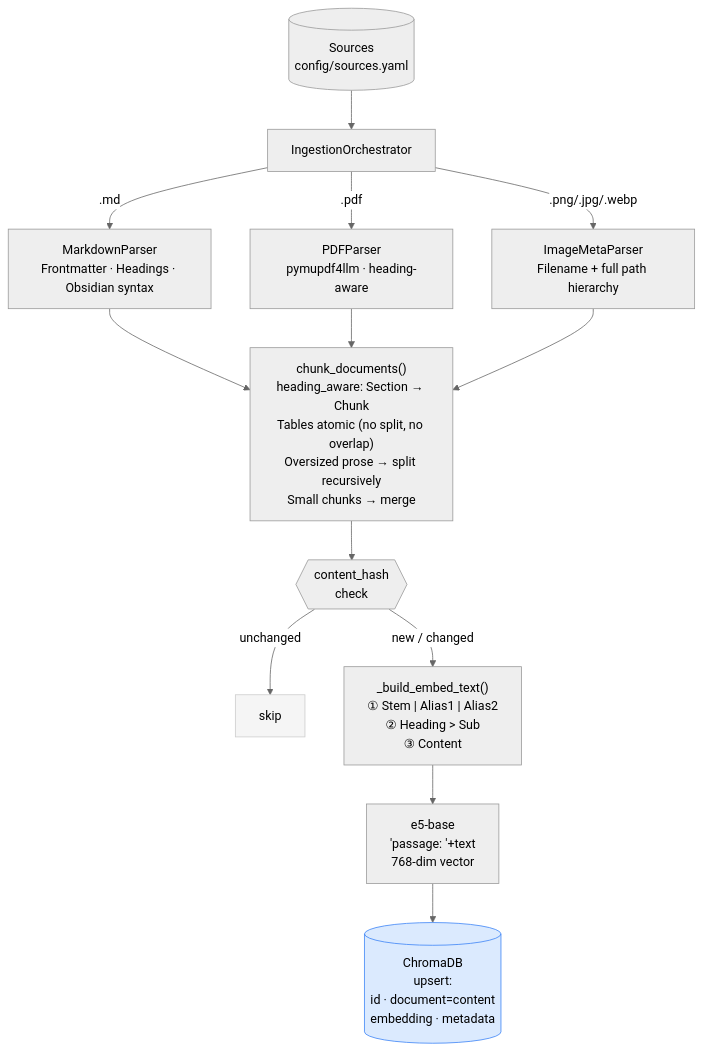
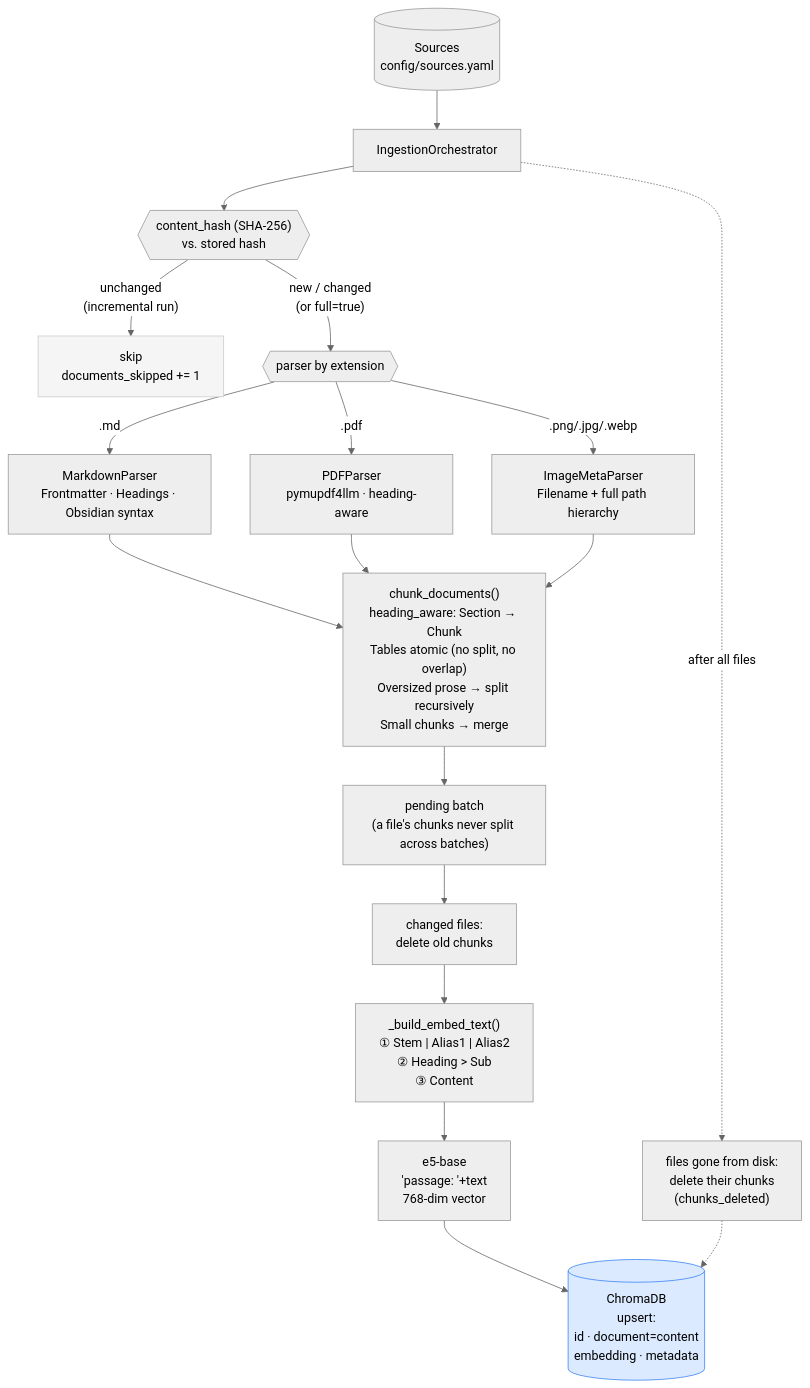
One commit to FabianHentrich/lorekeeper changed the first of 5 diagrams in docs/data-flow.md. Above: the diagram before and after it, drawn with Mermaid (neutral theme). The commit also changed other lines of this file and 8 other files, not shown here.

First line of the commit message:
Bring docs up to date with incremental/full ingest, sources API, provider interface and ruff/mypy

````diff
--- a/docs/data-flow.md
+++ b/docs/data-flow.md
@@ -16,27 +16,35 @@
 ```mermaid
 flowchart TD
     FS[("Sources\nconfig/sources.yaml")] --> ORCH[IngestionOrchestrator]
 
-    ORCH -->|".md"| MD[MarkdownParser\nFrontmatter · Headings · Obsidian syntax]
-    ORCH -->|".pdf"| PDF[PDFParser\npymupdf4llm · heading-aware]
-    ORCH -->|".png/.jpg/.webp"| IMG[ImageMetaParser\nFilename + full path hierarchy]
+    ORCH --> HASH{{"content_hash (SHA-256)\nvs. stored hash"}}
+
+    HASH -->|"unchanged\n(incremental run)"| SKIP["skip\ndocuments_skipped += 1"]
+    HASH -->|"new / changed\n(or full=true)"| PARSE
+
+    PARSE{{"parser by extension"}}
+    PARSE -->|".md"| MD[MarkdownParser\nFrontmatter · Headings · Obsidian syntax]
+    PARSE -->|".pdf"| PDF[PDFParser\npymupdf4llm · heading-aware]
+    PARSE -->|".png/.jpg/.webp"| IMG[ImageMetaParser\nFilename + full path hierarchy]
 
     MD --> CHUNK
     PDF --> CHUNK
     IMG --> CHUNK
 
     CHUNK["chunk_documents()\nheading_aware: Section → Chunk\nTables atomic (no split, no overlap)\nOversized prose → split recursively\nSmall chunks → merge"]
 
-    CHUNK --> HASH{{"content_hash\ncheck"}}
-
-    HASH -->|"unchanged"| SKIP[skip]
-    HASH -->|"new / changed"| EMBED
+    CHUNK --> BATCH["pending batch\n(a file's chunks never split across batches)"]
+    BATCH --> DEL["changed files:\ndelete old chunks"]
+    DEL --> EMBED
 
     EMBED["_build_embed_text()\n① Stem | Alias1 | Alias2\n② Heading > Sub\n③ Content"]
 
     EMBED --> E5["e5-base\n'passage: '+text\n768-dim vector"]
     E5 --> CHROMA[("ChromaDB\nupsert:\nid · document=content\nembedding · metadata")]
 
+    ORCH -.->|"after all files"| ORPHAN["files gone from disk:\ndelete their chunks\n(chunks_deleted)"]
+    ORPHAN -.-> CHROMA
+
     style SKIP fill:#f5f5f5,stroke:#ccc
     style CHROMA fill:#dbeafe,stroke:#3b82f6
 ```
````
